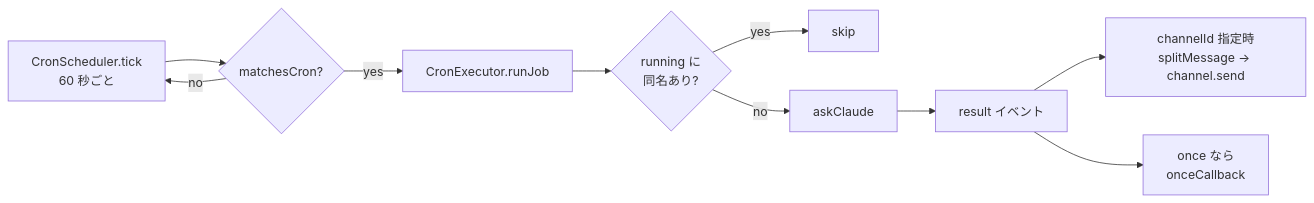
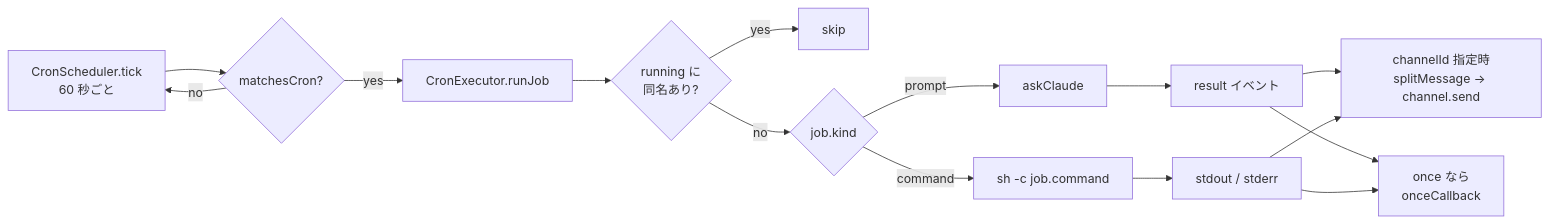
One commit to ansanloms/loms-claw changed the diagram in docs/architecture/cron.md. Above: the diagram before and after it, drawn with Mermaid. The commit also changed other lines of this file and 22 other files, not shown here.

````diff
--- a/docs/architecture/cron.md
+++ b/docs/architecture/cron.md
@@ -23,12 +23,17 @@
 ```mermaid
 flowchart LR
   T[CronScheduler.tick<br/>60 秒ごと] --> M{matchesCron?}
   M -- no --> T
   M -- yes --> R[CronExecutor.runJob]
   R --> G{running に<br/>同名あり?}
   G -- yes --> S[skip]
-  G -- no --> A[askClaude]
+  G -- no --> K{job.kind}
+  K -- prompt --> A[askClaude]
+  K -- command --> C["sh -c job.command"]
   A --> E[result イベント]
+  C --> E2[stdout / stderr]
   E --> D[channelId 指定時<br/>splitMessage → channel.send]
+  E2 --> D
   E --> O[once なら<br/>onceCallback]
+  E2 --> O
 ```
````
